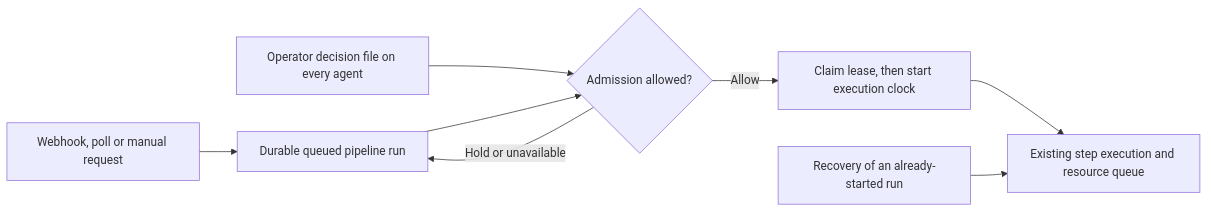
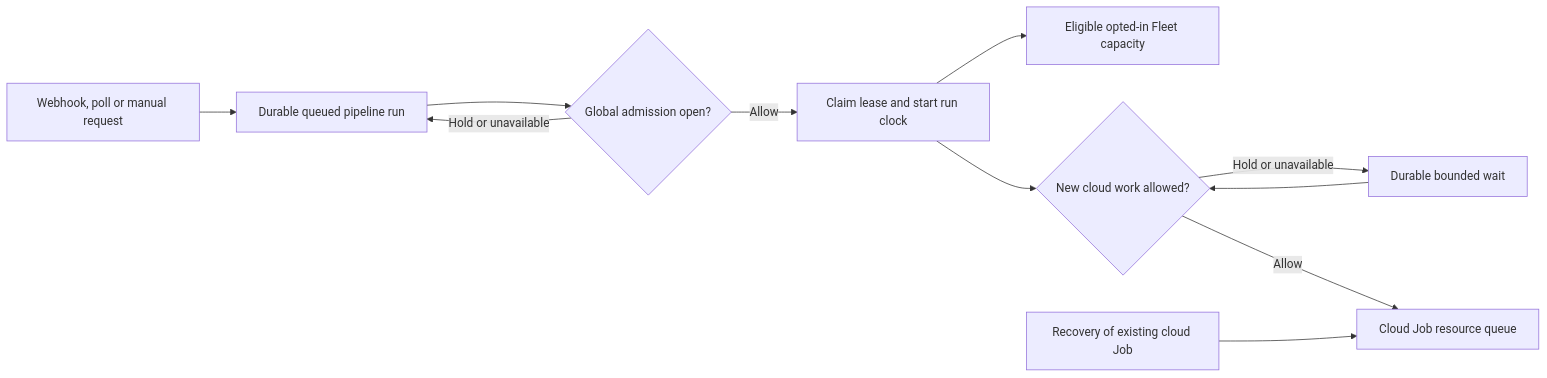
One commit to znasllc-io/memql changed the fourth of 4 diagrams in docs/public/operate/pipelines.md. Above: the diagram before and after it, drawn with Mermaid. The commit also changed other lines of this file and 79 other files, not shown here.

Commit message:
feat(pipelines): prefer bounded Fleet capacity without bypassing cloud budgets

````diff
--- a/docs/public/operate/pipelines.md
+++ b/docs/public/operate/pipelines.md
@@ -1651,10 +1663,13 @@
 ```mermaid
 flowchart LR
     S[Webhook, poll or manual request] --> Q[Durable queued pipeline run]
-    P[Operator decision file on every agent] --> G{Admission allowed?}
-    Q --> G
+    Q --> G{Global admission open?}
     G -->|Hold or unavailable| Q
-    G -->|Allow| C[Claim lease, then start execution clock]
-    C --> K[Existing step execution and resource queue]
-    R[Recovery of an already-started run] --> K
+    G -->|Allow| C[Claim lease and start run clock]
+    C --> F[Eligible opted-in Fleet capacity]
+    C --> B{New cloud work allowed?}
+    B -->|Hold or unavailable| W[Durable bounded wait]
+    W --> B
+    B -->|Allow| K[Cloud Job resource queue]
+    R[Recovery of existing cloud Job] --> K
 ```
````
